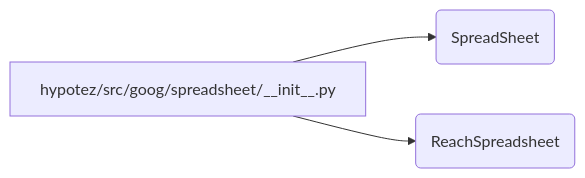
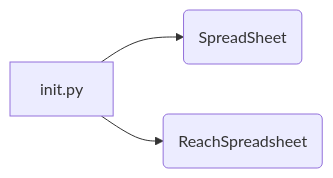
Before and after one commit to hypo69/hypo: the first of 2 diagrams in docs/gemini/ru/explainer/src/goog/spreadsheet/__init__.md, drawn with Mermaid. The commit also changed other lines of this file and 468 other files, not shown here.

````diff
--- a/docs/gemini/ru/explainer/src/goog/spreadsheet/__init__.md
+++ b/docs/gemini/ru/explainer/src/goog/spreadsheet/__init__.md
@@ -28,5 +28,5 @@
 ```mermaid
 graph LR
-    A[hypotez/src/goog/spreadsheet/__init__.py] --> B(SpreadSheet);
+    A[init.py] --> B(SpreadSheet);
     A --> C(ReachSpreadsheet);
 ```
````
